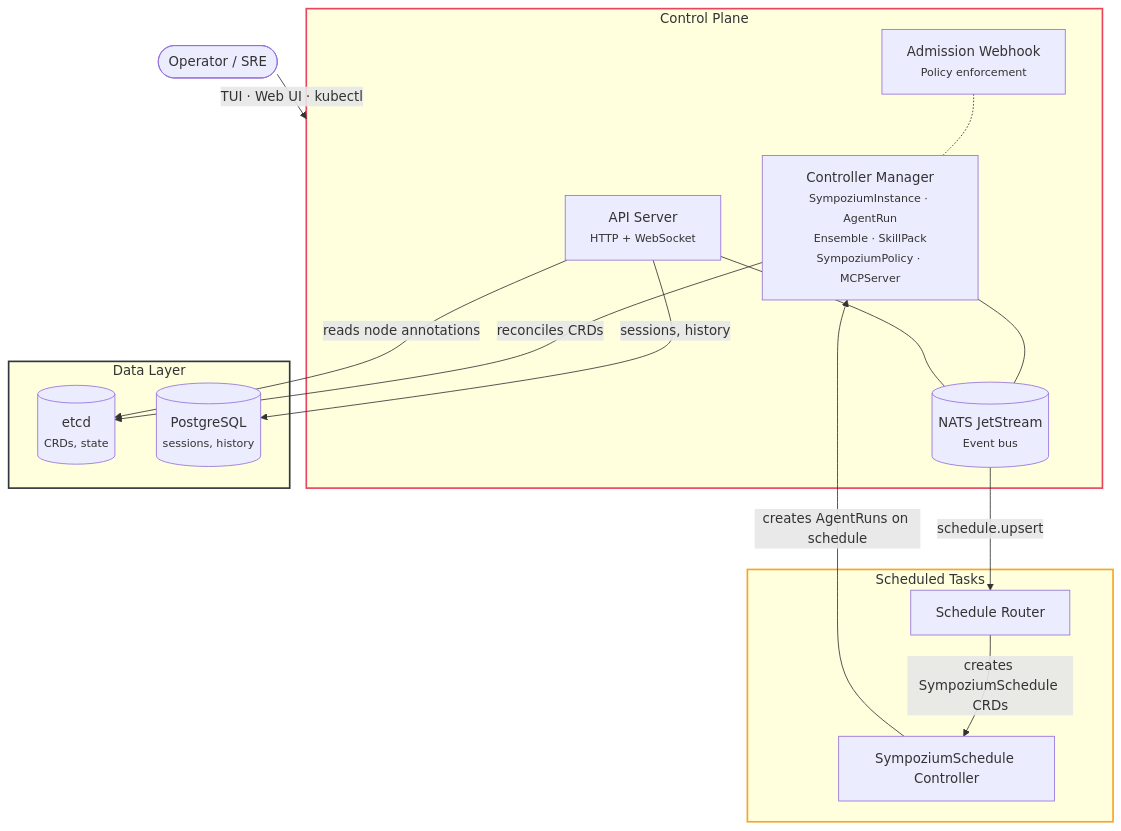
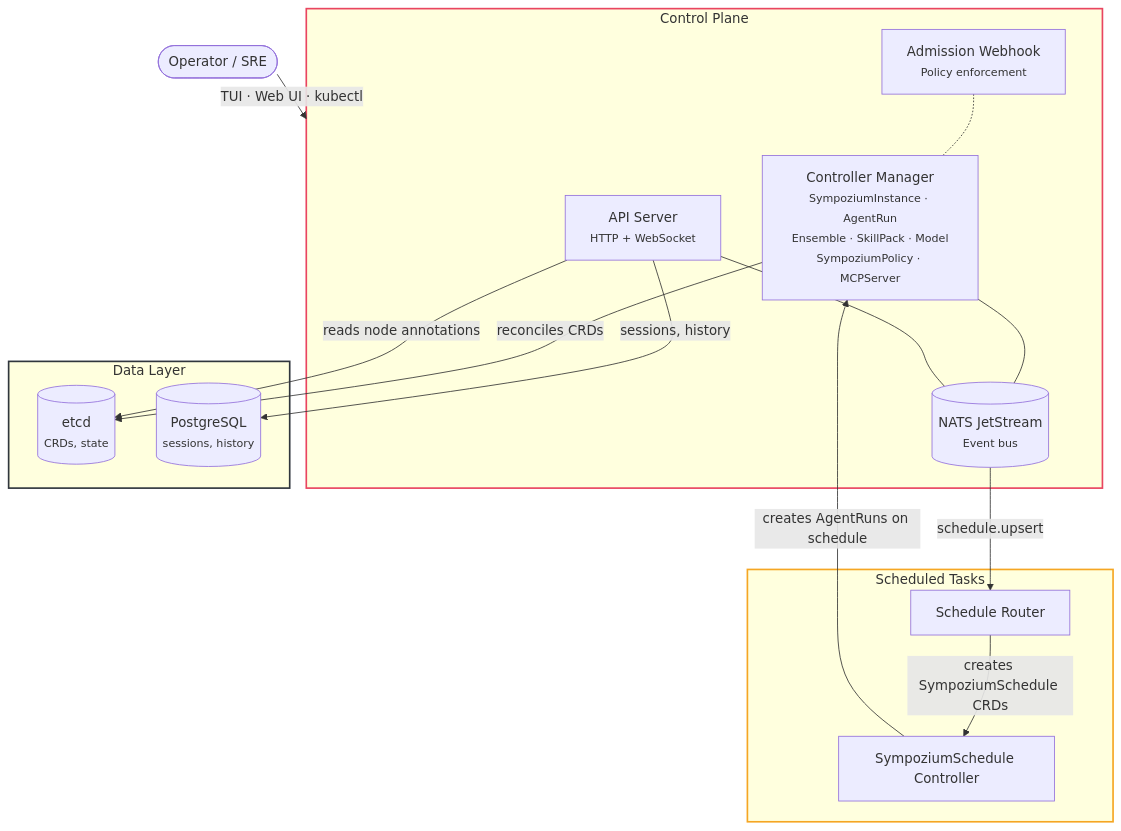
The first of 5 diagrams in docs/architecture.md (pepe57/sympozium), drawn with Mermaid before and after one commit. The commit also changed other lines of this file and 42 other files, not shown here.

````diff
--- a/docs/architecture.md
+++ b/docs/architecture.md
@@ -7,36 +7,36 @@
 ```mermaid
 graph TB
     ADMIN(["Operator / SRE"]) -- "TUI · Web UI · kubectl" --> CP
 
     subgraph CP["Control Plane"]
-        CM["Controller Manager<br/><small>SympoziumInstance · AgentRun<br/>Ensemble · SkillPack<br/>SympoziumPolicy · MCPServer</small>"]
+        CM["Controller Manager<br/><small>SympoziumInstance · AgentRun<br/>Ensemble · SkillPack · Model<br/>SympoziumPolicy · MCPServer</small>"]
         API["API Server<br/><small>HTTP + WebSocket</small>"]
         WH["Admission Webhook<br/><small>Policy enforcement</small>"]
         NATS[("NATS JetStream<br/><small>Event bus</small>")]
         CM --- NATS
         API --- NATS
         WH -.- CM
     end
 
     subgraph DATA["Data Layer"]
         ETCD[("etcd<br/><small>CRDs, state</small>")]
         PG[("PostgreSQL<br/><small>sessions, history</small>")]
     end
 
     CM -- "reconciles CRDs" --> ETCD
     API -- "reads node annotations" --> ETCD
     API -- "sessions, history" --> PG
 
     subgraph SCHED["Scheduled Tasks"]
         CS["SympoziumSchedule Controller"]
         SROUTER["Schedule Router"]
     end
 
     CS -- "creates AgentRuns on schedule" --> CM
     NATS -- "schedule.upsert" --> SROUTER
     SROUTER -- "creates SympoziumSchedule CRDs" --> CS
 
     style CP stroke:#e94560,stroke-width:2px
     style DATA stroke:#30363d,stroke-width:2px
     style SCHED stroke:#f5a623,stroke-width:2px
 ```
````
